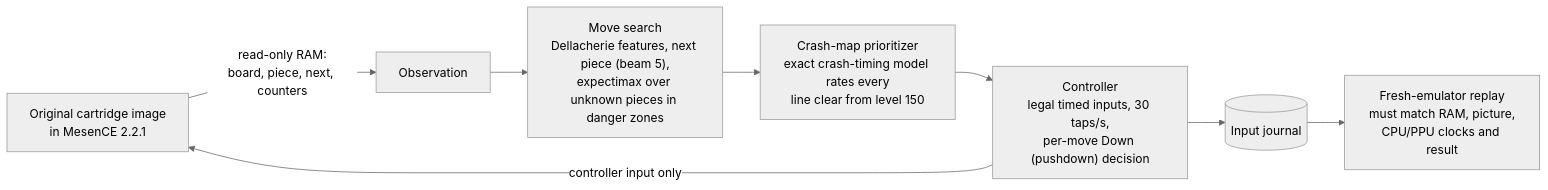
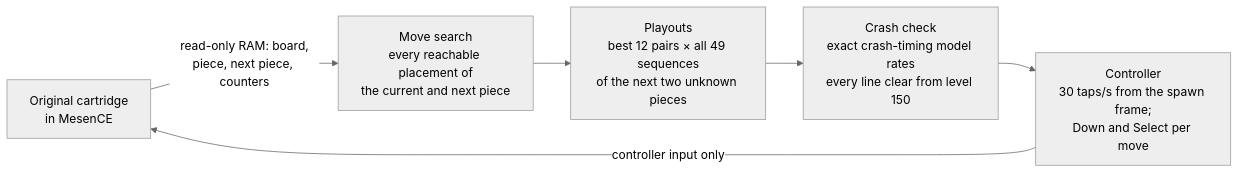
Before and after one commit to AndreKalberer/nes-tetris-ai: the diagram in README.md, drawn with Mermaid (neutral theme). The commit also changed other lines of this file and 136 other files, not shown here.

````diff
--- a/README.md
+++ b/README.md
@@ -46,10 +27,8 @@
 ```mermaid
 flowchart LR
-    ROM["Original cartridge image<br/>in MesenCE 2.2.1"] -->|"read-only RAM:<br/>board, piece, next, counters"| OBS[Observation]
-    OBS --> PLAN["Move search<br/>Dellacherie features, next piece (beam 5),<br/>expectimax over unknown pieces in danger zones"]
-    PLAN --> CRASH["Crash-map prioritizer<br/>exact crash-timing model rates every<br/>line clear from level 150"]
-    CRASH --> CTRL["Controller<br/>legal timed inputs, 30 taps/s,<br/>per-move Down (pushdown) decision"]
-    CTRL -->|"controller input only"| ROM
-    CTRL --> J[(Input journal)]
-    J --> VER["Fresh-emulator replay<br/>must match RAM, picture,<br/>CPU/PPU clocks and result"]
+    ROM["Original cartridge<br/>in MesenCE"] -->|"read-only RAM: board,<br/>piece, next piece, counters"| SEARCH
+    SEARCH["Move search<br/>every reachable placement of<br/>the current and next piece"] --> PLAY
+    PLAY["Playouts<br/>best 12 pairs × all 49 sequences<br/>of the next two unknown pieces"] --> CRASH
+    CRASH["Crash check<br/>exact crash-timing model rates<br/>every line clear from level 150"] --> CTRL
+    CTRL["Controller<br/>30 taps/s from the spawn frame;<br/>Down and Select per move"] -->|"controller input only"| ROM
 ```
````
